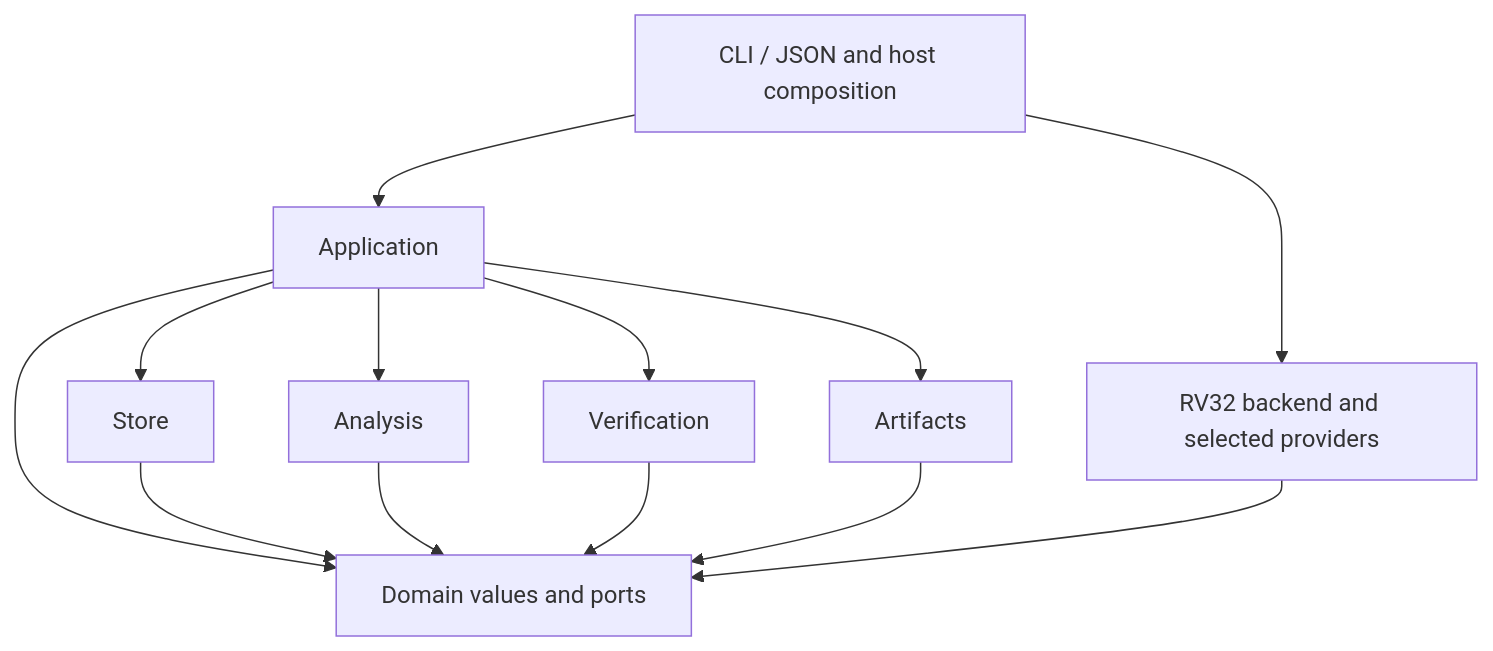
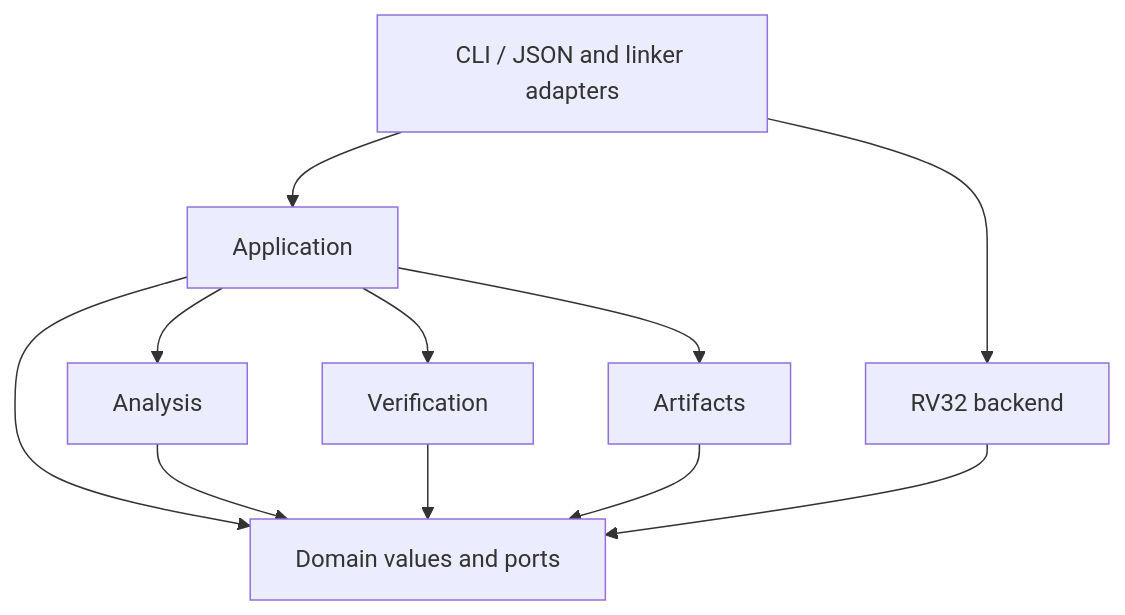
Before and after one commit to ermacv/open-esp-radio-rs: the diagram in tools/blobray/docs/design/architecture.md, drawn with Mermaid. The commit also changed other lines of this file and 192 other files, not shown here.

````diff
--- a/tools/blobray/docs/design/architecture.md
+++ b/tools/blobray/docs/design/architecture.md
@@ -131,15 +114,13 @@
 ```mermaid
 flowchart TD
-    Host[CLI / JSON and host composition] --> App[Application]
-    Host --> RV[RV32 backend and selected providers]
-    App --> Store[Store]
+    Host[CLI / JSON and linker adapters] --> App[Application]
+    Host --> RV[RV32 backend]
     App --> Analysis[Analysis]
     App --> Verify[Verification]
     App --> Artifacts[Artifacts]
     App --> Domain[Domain values and ports]
-    Store --> Domain
     Analysis --> Domain
     Verify --> Domain
     Artifacts --> Domain
     RV --> Domain
 ```
````
